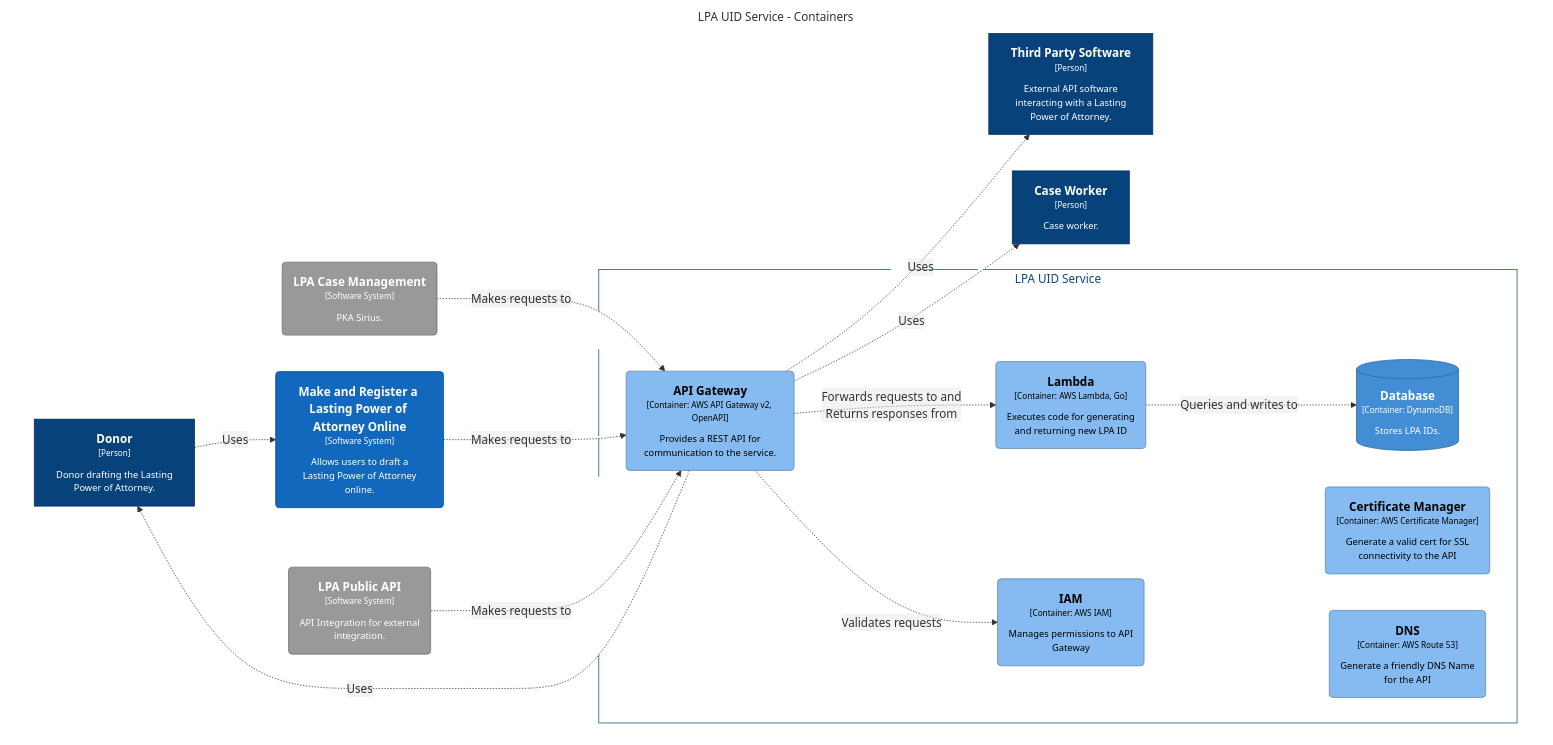
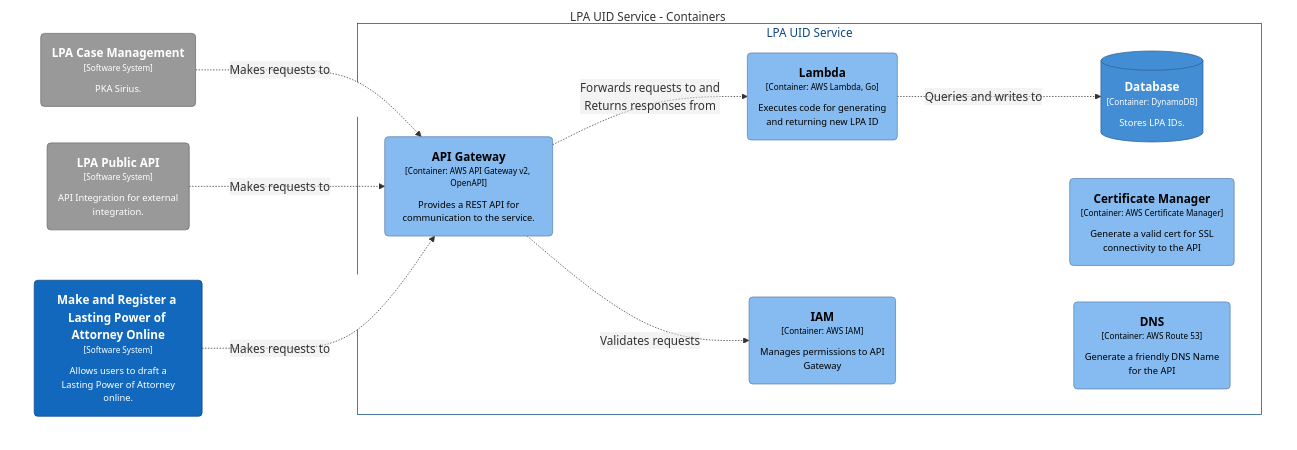
One commit to ministryofjustice/opg-data-lpa-uid changed the diagram in docs/architecture/dsl/local/structurizr-Container-001.mmd. Above: the diagram before and after it, drawn with Mermaid. The commit also changed 5 other files, not shown here.

```diff
--- a/docs/architecture/dsl/local/structurizr-Container-001.mmd
+++ b/docs/architecture/dsl/local/structurizr-Container-001.mmd
@@ -1,47 +1,37 @@
 graph TB
   linkStyle default fill:#ffffff
 
   subgraph diagram [LPA UID Service - Containers]
     style diagram fill:#ffffff,stroke:#ffffff
 
-    18("<div style='font-weight: bold'>LPA Case Management</div><div style='font-size: 70%; margin-top: 0px'>[Software System]</div><div style='font-size: 80%; margin-top:10px'>PKA Sirius.</div>")
-    style 18 fill:#999999,stroke:#6b6b6b,color:#ffffff
-    19("<div style='font-weight: bold'>LPA Public API</div><div style='font-size: 70%; margin-top: 0px'>[Software System]</div><div style='font-size: 80%; margin-top:10px'>API Integration for external<br />integration.</div>")
-    style 19 fill:#999999,stroke:#6b6b6b,color:#ffffff
-    1["<div style='font-weight: bold'>Third Party Software</div><div style='font-size: 70%; margin-top: 0px'>[Person]</div><div style='font-size: 80%; margin-top:10px'>External API software<br />interacting with a Lasting<br />Power of Attorney.</div>"]
-    style 1 fill:#08427b,stroke:#052e56,color:#ffffff
-    3["<div style='font-weight: bold'>Donor</div><div style='font-size: 70%; margin-top: 0px'>[Person]</div><div style='font-size: 80%; margin-top:10px'>Donor drafting the Lasting<br />Power of Attorney.</div>"]
-    style 3 fill:#08427b,stroke:#052e56,color:#ffffff
-    5["<div style='font-weight: bold'>Case Worker</div><div style='font-size: 70%; margin-top: 0px'>[Person]</div><div style='font-size: 80%; margin-top:10px'>Case worker.</div>"]
-    style 5 fill:#08427b,stroke:#052e56,color:#ffffff
     6("<div style='font-weight: bold'>Make and Register a Lasting Power of Attorney Online</div><div style='font-size: 70%; margin-top: 0px'>[Software System]</div><div style='font-size: 80%; margin-top:10px'>Allows users to draft a<br />Lasting Power of Attorney<br />online.</div>")
     style 6 fill:#1168bd,stroke:#0b4884,color:#ffffff
+    28("<div style='font-weight: bold'>LPA Case Management</div><div style='font-size: 70%; margin-top: 0px'>[Software System]</div><div style='font-size: 80%; margin-top:10px'>PKA Sirius.</div>")
+    style 28 fill:#999999,stroke:#6b6b6b,color:#ffffff
+    31("<div style='font-weight: bold'>LPA Public API</div><div style='font-size: 70%; margin-top: 0px'>[Software System]</div><div style='font-size: 80%; margin-top:10px'>API Integration for external<br />integration.</div>")
+    style 31 fill:#999999,stroke:#6b6b6b,color:#ffffff
 
-    subgraph 20 [LPA UID Service]
-      style 20 fill:#ffffff,stroke:#0b4884,color:#0b4884
+    subgraph 18 [LPA UID Service]
+      style 18 fill:#ffffff,stroke:#0b4884,color:#0b4884
 
-      21[("<div style='font-weight: bold'>Database</div><div style='font-size: 70%; margin-top: 0px'>[Container: DynamoDB]</div><div style='font-size: 80%; margin-top:10px'>Stores LPA IDs.</div>")]
-      style 21 fill:#438dd5,stroke:#2e6295,color:#ffffff
-      22("<div style='font-weight: bold'>Lambda</div><div style='font-size: 70%; margin-top: 0px'>[Container: AWS Lambda, Go]</div><div style='font-size: 80%; margin-top:10px'>Executes code for generating<br />and returning new LPA ID</div>")
+      19[("<div style='font-weight: bold'>Database</div><div style='font-size: 70%; margin-top: 0px'>[Container: DynamoDB]</div><div style='font-size: 80%; margin-top:10px'>Stores LPA IDs.</div>")]
+      style 19 fill:#438dd5,stroke:#2e6295,color:#ffffff
+      20("<div style='font-weight: bold'>Lambda</div><div style='font-size: 70%; margin-top: 0px'>[Container: AWS Lambda, Go]</div><div style='font-size: 80%; margin-top:10px'>Executes code for generating<br />and returning new LPA ID</div>")
+      style 20 fill:#85bbf0,stroke:#5d82a8,color:#000000
+      22("<div style='font-weight: bold'>IAM</div><div style='font-size: 70%; margin-top: 0px'>[Container: AWS IAM]</div><div style='font-size: 80%; margin-top:10px'>Manages permissions to API<br />Gateway</div>")
       style 22 fill:#85bbf0,stroke:#5d82a8,color:#000000
-      24("<div style='font-weight: bold'>IAM</div><div style='font-size: 70%; margin-top: 0px'>[Container: AWS IAM]</div><div style='font-size: 80%; margin-top:10px'>Manages permissions to API<br />Gateway</div>")
+      23("<div style='font-weight: bold'>Certificate Manager</div><div style='font-size: 70%; margin-top: 0px'>[Container: AWS Certificate Manager]</div><div style='font-size: 80%; margin-top:10px'>Generate a valid cert for SSL<br />connectivity to the API</div>")
+      style 23 fill:#85bbf0,stroke:#5d82a8,color:#000000
+      24("<div style='font-weight: bold'>DNS</div><div style='font-size: 70%; margin-top: 0px'>[Container: AWS Route 53]</div><div style='font-size: 80%; margin-top:10px'>Generate a friendly DNS Name<br />for the API</div>")
       style 24 fill:#85bbf0,stroke:#5d82a8,color:#000000
-      25("<div style='font-weight: bold'>Certificate Manager</div><div style='font-size: 70%; margin-top: 0px'>[Container: AWS Certificate Manager]</div><div style='font-size: 80%; margin-top:10px'>Generate a valid cert for SSL<br />connectivity to the API</div>")
+      25("<div style='font-weight: bold'>API Gateway</div><div style='font-size: 70%; margin-top: 0px'>[Container: AWS API Gateway v2, OpenAPI]</div><div style='font-size: 80%; margin-top:10px'>Provides a REST API for<br />communication to the service.</div>")
       style 25 fill:#85bbf0,stroke:#5d82a8,color:#000000
-      26("<div style='font-weight: bold'>DNS</div><div style='font-size: 70%; margin-top: 0px'>[Container: AWS Route 53]</div><div style='font-size: 80%; margin-top:10px'>Generate a friendly DNS Name<br />for the API</div>")
-      style 26 fill:#85bbf0,stroke:#5d82a8,color:#000000
-      27("<div style='font-weight: bold'>API Gateway</div><div style='font-size: 70%; margin-top: 0px'>[Container: AWS API Gateway v2, OpenAPI]</div><div style='font-size: 80%; margin-top:10px'>Provides a REST API for<br />communication to the service.</div>")
-      style 27 fill:#85bbf0,stroke:#5d82a8,color:#000000
     end
 
-    3-. "<div>Uses</div><div style='font-size: 70%'></div>" .->6
-    22-. "<div>Queries and writes to</div><div style='font-size: 70%'></div>" .->21
-    27-. "<div>Forwards requests to and<br />Returns responses from</div><div style='font-size: 70%'></div>" .->22
-    27-. "<div>Validates requests</div><div style='font-size: 70%'></div>" .->24
-    27-. "<div>Uses</div><div style='font-size: 70%'></div>" .->5
-    27-. "<div>Uses</div><div style='font-size: 70%'></div>" .->3
-    27-. "<div>Uses</div><div style='font-size: 70%'></div>" .->1
-    18-. "<div>Makes requests to</div><div style='font-size: 70%'></div>" .->27
-    6-. "<div>Makes requests to</div><div style='font-size: 70%'></div>" .->27
-    19-. "<div>Makes requests to</div><div style='font-size: 70%'></div>" .->27
+    20-. "<div>Queries and writes to</div><div style='font-size: 70%'></div>" .->19
+    25-. "<div>Forwards requests to and<br />Returns responses from</div><div style='font-size: 70%'></div>" .->20
+    25-. "<div>Validates requests</div><div style='font-size: 70%'></div>" .->22
+    28-. "<div>Makes requests to</div><div style='font-size: 70%'></div>" .->25
+    31-. "<div>Makes requests to</div><div style='font-size: 70%'></div>" .->25
+    6-. "<div>Makes requests to</div><div style='font-size: 70%'></div>" .->25
   end
```
